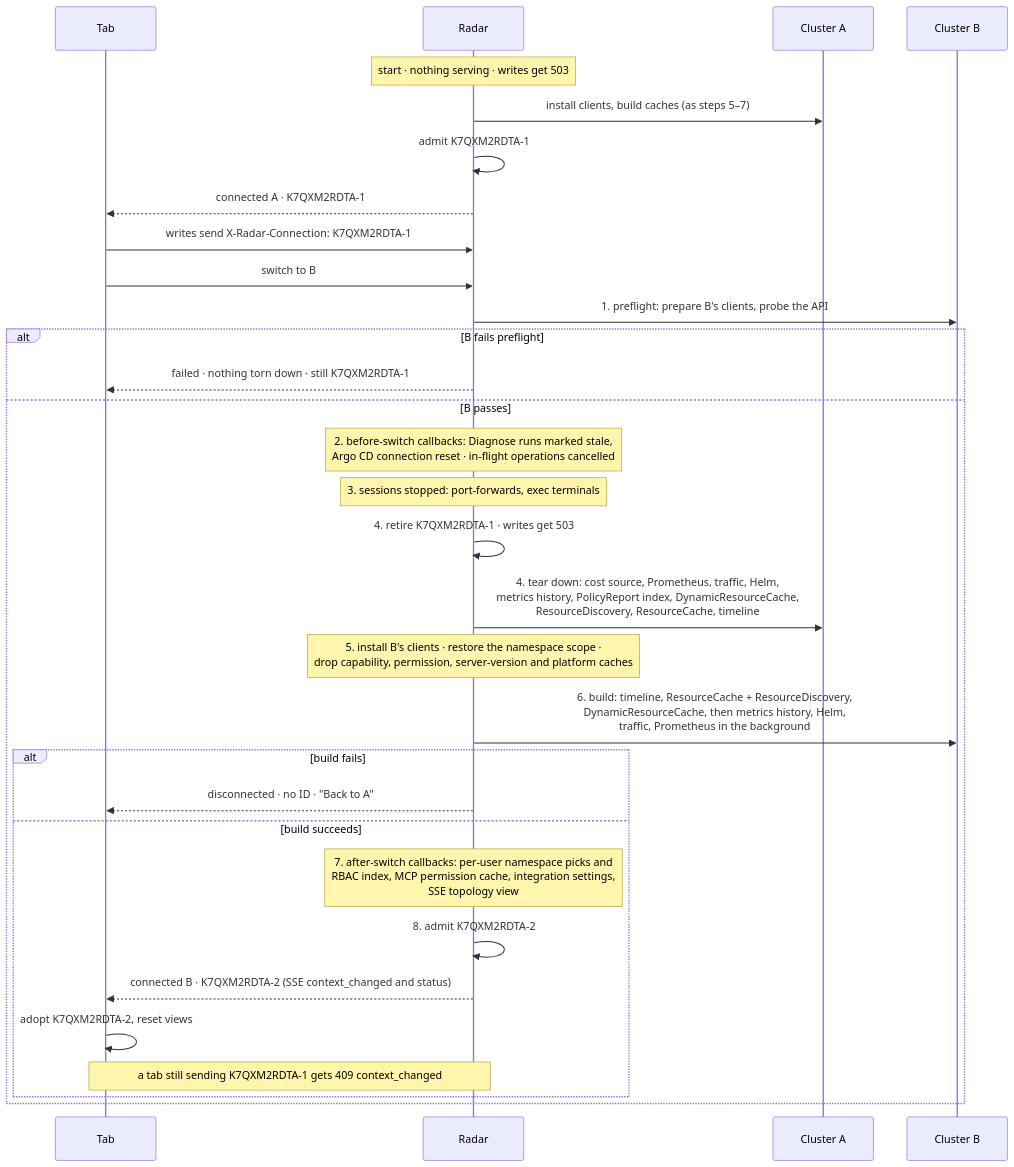
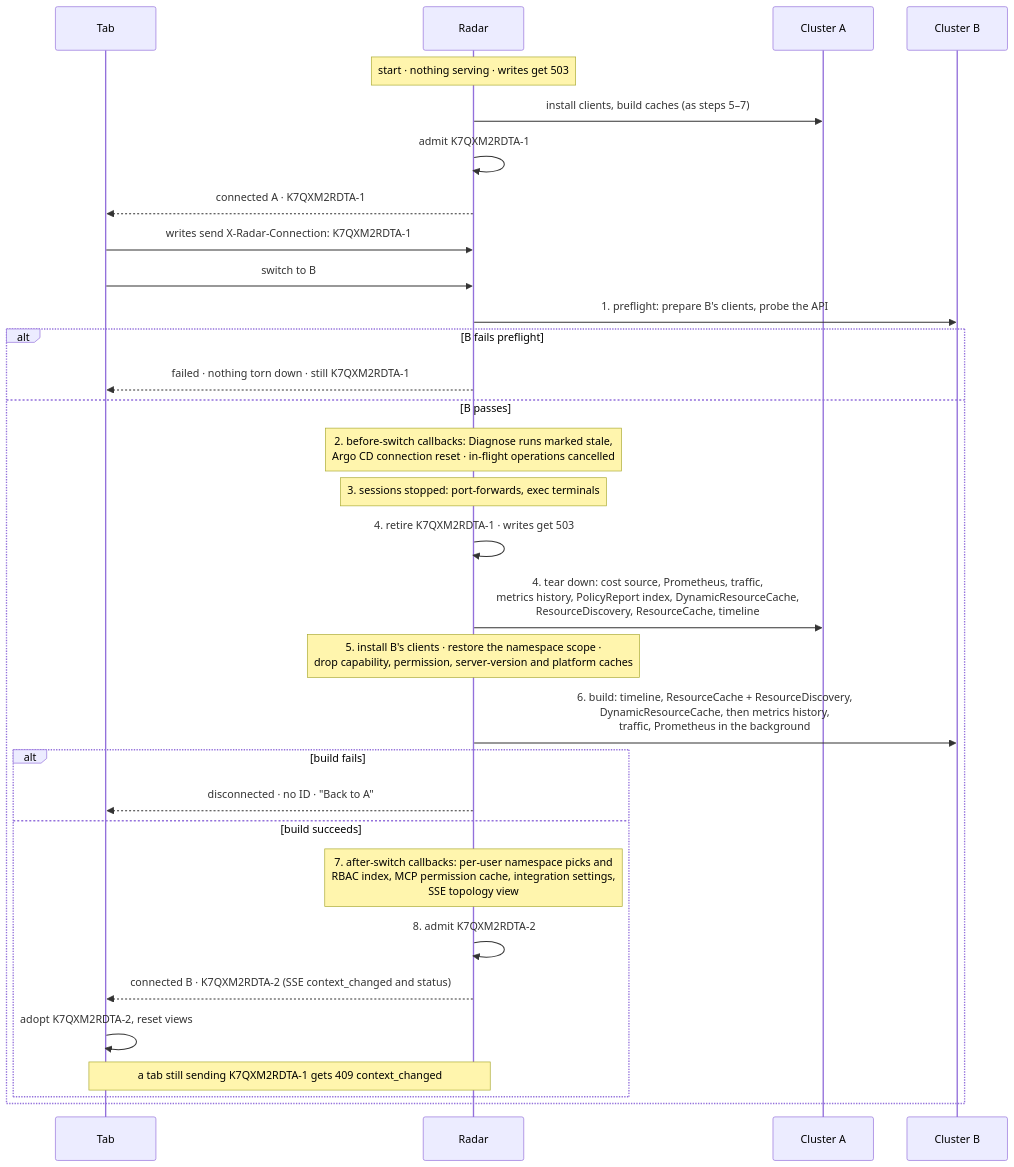
Before and after one commit to skyhook-io/radar: the diagram in docs/connection-lifecycle.md, drawn with Mermaid. The commit also changed other lines of this file and 82 other files, not shown here.

First line of the commit message:
Build Helm operations from the request connection

````diff
--- a/docs/connection-lifecycle.md
+++ b/docs/connection-lifecycle.md
@@ -32,33 +32,33 @@
 ```mermaid
 sequenceDiagram
   participant Tab
   participant Radar
   participant A as Cluster A
   participant B as Cluster B
   Note over Radar: start · nothing serving · writes get 503
   Radar->>A: install clients, build caches (as steps 5–7)
   Radar->>Radar: admit K7QXM2RDTA-1
   Radar-->>Tab: connected A · K7QXM2RDTA-1
   Tab->>Radar: writes send X-Radar-Connection: K7QXM2RDTA-1
   Tab->>Radar: switch to B
   Radar->>B: 1. preflight: prepare B's clients, probe the API
   alt B fails preflight
     Radar-->>Tab: failed · nothing torn down · still K7QXM2RDTA-1
   else B passes
     Note over Radar: 2. before-switch callbacks: Diagnose runs marked stale,<br/>Argo CD connection reset · in-flight operations cancelled
     Note over Radar: 3. sessions stopped: port-forwards, exec terminals
     Radar->>Radar: 4. retire K7QXM2RDTA-1 · writes get 503
-    Radar->>A: 4. tear down: cost source, Prometheus, traffic, Helm,<br/>metrics history, PolicyReport index, DynamicResourceCache,<br/>ResourceDiscovery, ResourceCache, timeline
+    Radar->>A: 4. tear down: cost source, Prometheus, traffic,<br/>metrics history, PolicyReport index, DynamicResourceCache,<br/>ResourceDiscovery, ResourceCache, timeline
     Note over Radar: 5. install B's clients · restore the namespace scope ·<br/>drop capability, permission, server-version and platform caches
-    Radar->>B: 6. build: timeline, ResourceCache + ResourceDiscovery,<br/>DynamicResourceCache, then metrics history, Helm,<br/>traffic, Prometheus in the background
+    Radar->>B: 6. build: timeline, ResourceCache + ResourceDiscovery,<br/>DynamicResourceCache, then metrics history,<br/>traffic, Prometheus in the background
     alt build fails
       Radar-->>Tab: disconnected · no ID · "Back to A"
     else build succeeds
       Note over Radar: 7. after-switch callbacks: per-user namespace picks and<br/>RBAC index, MCP permission cache, integration settings,<br/>SSE topology view
       Radar->>Radar: 8. admit K7QXM2RDTA-2
       Radar-->>Tab: connected B · K7QXM2RDTA-2 (SSE context_changed and status)
       Tab->>Tab: adopt K7QXM2RDTA-2, reset views
       Note over Tab,Radar: a tab still sending K7QXM2RDTA-1 gets 409 context_changed
     end
   end
 ```
````
